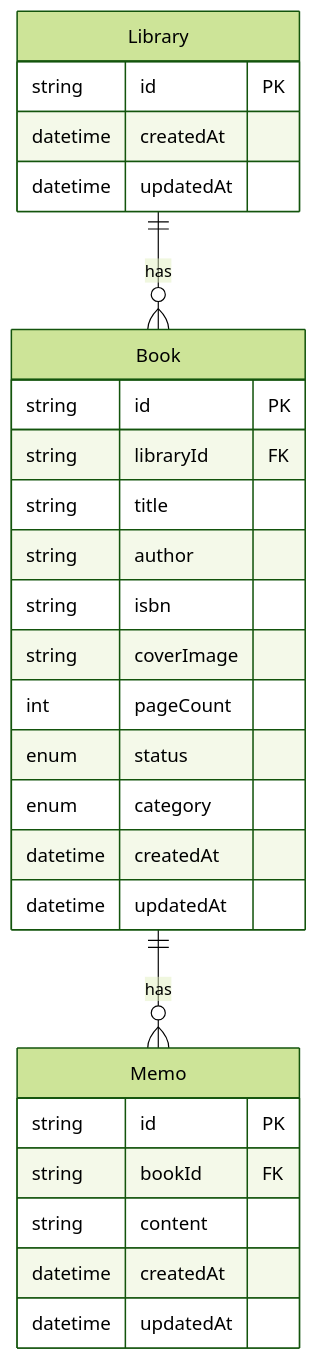
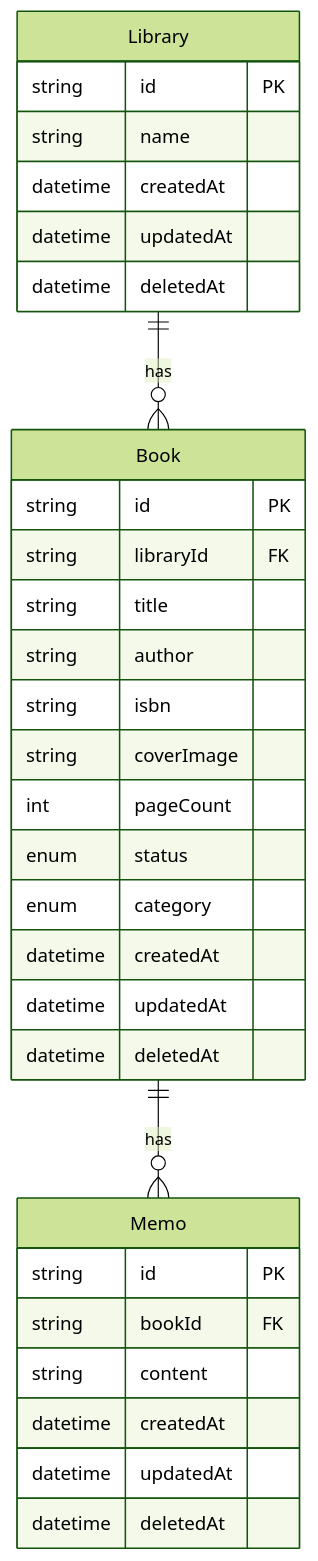
The first of 2 diagrams in docs/functional-design.md (kai-Mk/read-log), drawn with Mermaid (forest theme) before and after one commit. The commit also changed other lines of this file, not shown here.

````diff
--- a/docs/functional-design.md
+++ b/docs/functional-design.md
@@ -7,33 +7,37 @@
 ```mermaid
 erDiagram
     Library ||--o{ Book : has
     Book ||--o{ Memo : has
 
     Library {
         string id PK
+        string name
         datetime createdAt
         datetime updatedAt
+        datetime deletedAt
     }
 
     Book {
         string id PK
         string libraryId FK
         string title
         string author
         string isbn
         string coverImage
         int pageCount
         enum status
         enum category
         datetime createdAt
         datetime updatedAt
+        datetime deletedAt
     }
 
     Memo {
         string id PK
         string bookId FK
         string content
         datetime createdAt
         datetime updatedAt
+        datetime deletedAt
     }
 ```
````
